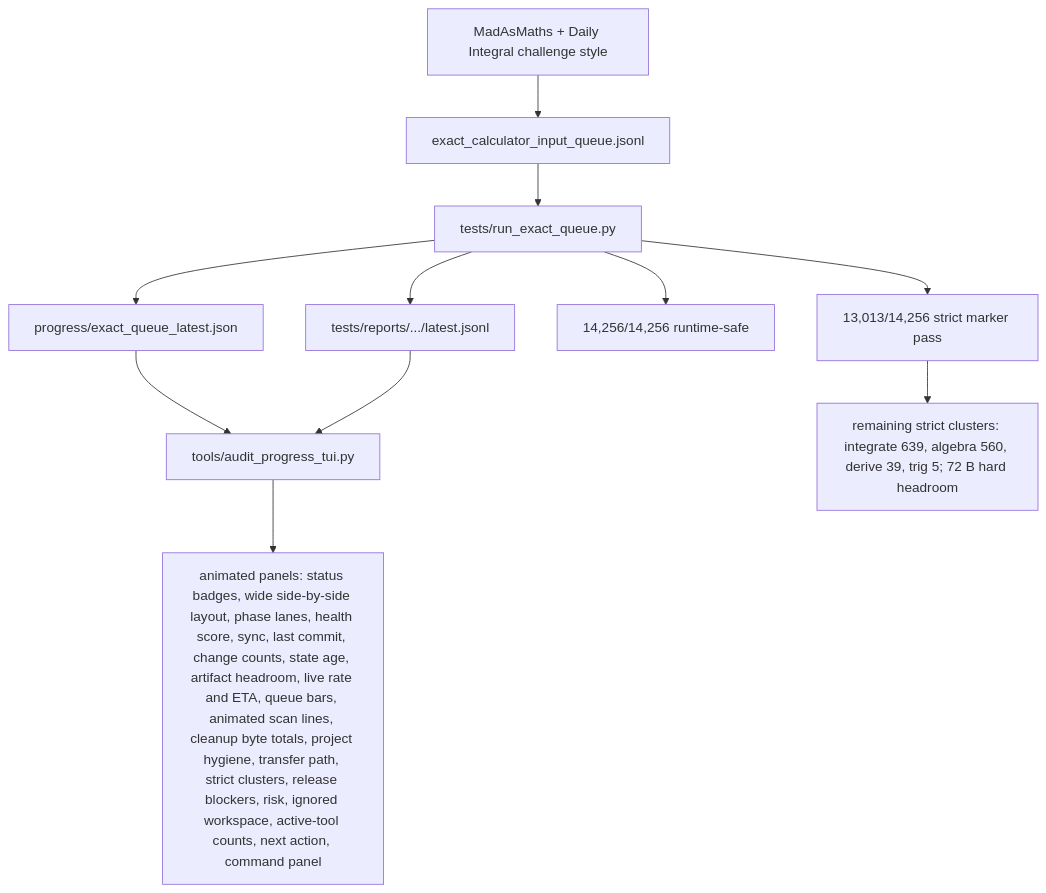
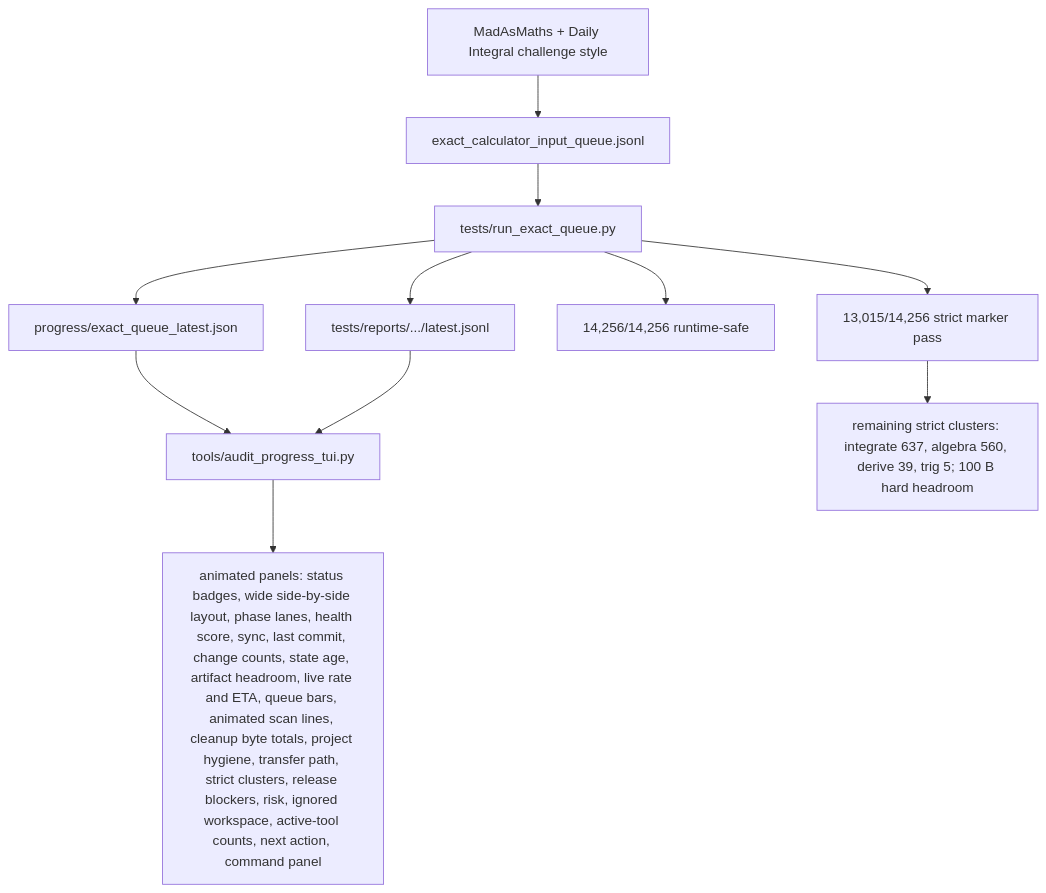
The fifth of 6 diagrams in docs/GRAPH.md (james8464/notes-addin-casio-fx-cg50), drawn with Mermaid before and after one commit. The commit also changed other lines of this file and 4 other files, not shown here.

````diff
--- a/docs/GRAPH.md
+++ b/docs/GRAPH.md
@@ -60,13 +60,13 @@
 ```mermaid
 graph TD
   Online["MadAsMaths + Daily Integral challenge style"] --> Queue["exact_calculator_input_queue.jsonl"]
   Queue --> Runner["tests/run_exact_queue.py"]
   Runner --> Live["progress/exact_queue_latest.json"]
   Runner --> Report["tests/reports/.../latest.jsonl"]
   Live --> TUI["tools/audit_progress_tui.py"]
   Report --> TUI
   TUI --> Panels["animated panels: status badges, wide side-by-side layout, phase lanes, health score, sync, last commit, change counts, state age, artifact headroom, live rate and ETA, queue bars, animated scan lines, cleanup byte totals, project hygiene, transfer path, strict clusters, release blockers, risk, ignored workspace, active-tool counts, next action, command panel"]
   Runner --> Runtime["14,256/14,256 runtime-safe"]
-  Runner --> Strict["13,013/14,256 strict marker pass"]
-  Strict --> Remaining["remaining strict clusters: integrate 639, algebra 560, derive 39, trig 5; 72 B hard headroom"]
+  Runner --> Strict["13,015/14,256 strict marker pass"]
+  Strict --> Remaining["remaining strict clusters: integrate 637, algebra 560, derive 39, trig 5; 100 B hard headroom"]
 ```
````
